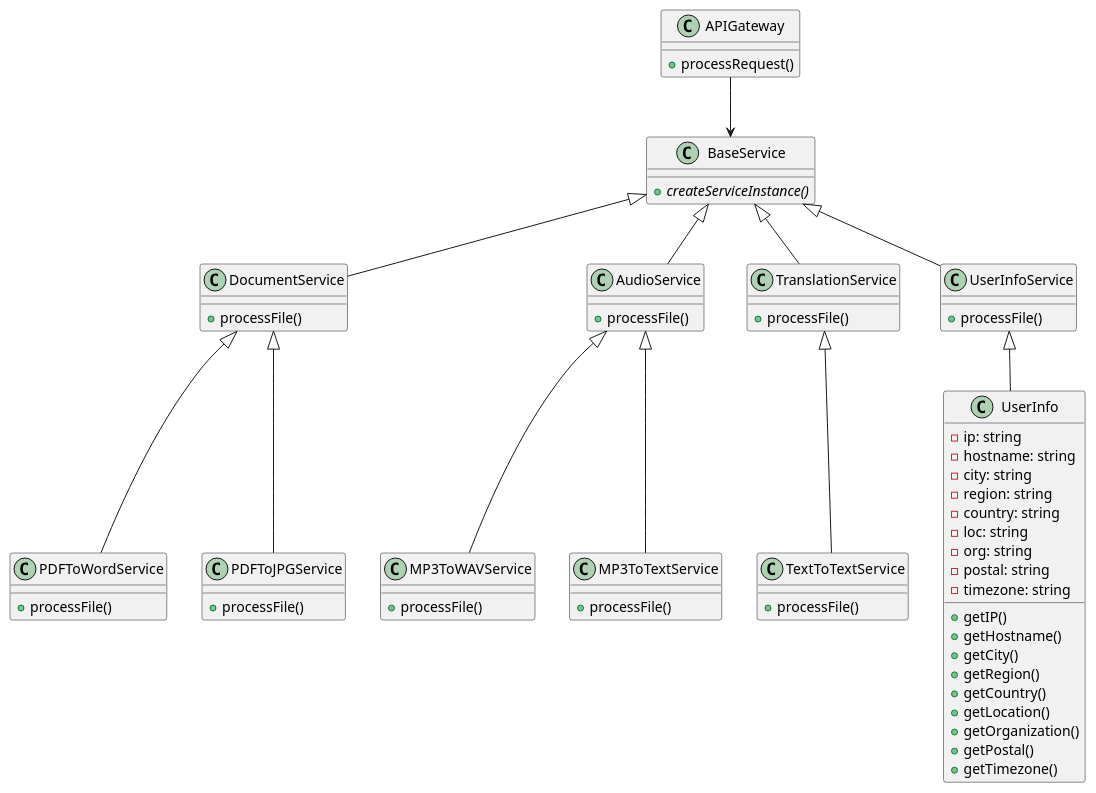
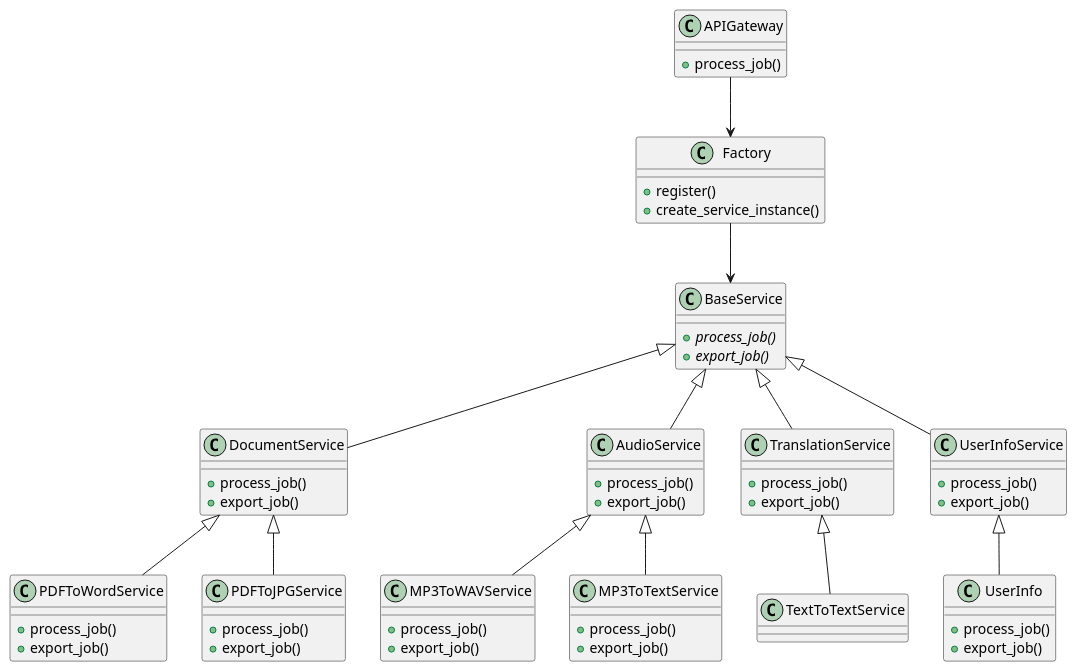
One commit to andresacg30/it-services changed the diagram in docs/diagrams/class_diagram.puml. Above: the diagram before and after it, drawn with PlantUML. The commit also changed 13 other files, not shown here.

Commit message:
initial architecture and modified diagrams

```diff
--- a/docs/diagrams/class_diagram.puml
+++ b/docs/diagrams/class_diagram.puml
@@ -1,80 +1,75 @@
 @startuml Class Diagram
 
 class APIGateway {
-  + processRequest()
+  + process_job()
+}
+
+class Factory {
+  + register()
+  + create_service_instance()
 }
 
 class BaseService {
-  {abstract} + createServiceInstance()
+  {abstract} + process_job()
+  {abstract} + export_job()
 }
 
 class DocumentService {
-  + processFile()
+  + process_job()
+  + export_job()
 }
 
 class AudioService {
-  + processFile()
+  + process_job()
+  + export_job()
 }
 
 class TranslationService {
-  + processFile()
+  + process_job()
+  + export_job()
 }
 
 class UserInfoService {
-  + processFile()
+  + process_job()
+  + export_job()
 }
 
 class PDFToWordService {
-  + processFile()
+  + process_job()
+  + export_job()
 }
 
 class PDFToJPGService {
-  + processFile()
+  + process_job()
+  + export_job()
 }
 
 class MP3ToWAVService {
-  + processFile()
+  + process_job()
+  + export_job()
 }
 
 class MP3ToTextService {
-  + processFile()
-}
-
-class TextToTextService {
-  + processFile()
+  + process_job()
+  + export_job()
 }
 
 class UserInfo {
-  - ip: string
-  - hostname: string
-  - city: string
-  - region: string
-  - country: string
-  - loc: string
-  - org: string
-  - postal: string
-  - timezone: string
-  + getIP()
-  + getHostname()
-  + getCity()
-  + getRegion()
-  + getCountry()
-  + getLocation()
-  + getOrganization()
-  + getPostal()
-  + getTimezone()
+  + process_job()
+  + export_job()
 }
 
-APIGateway --> BaseService
+APIGateway --> Factory
+Factory --> BaseService
 BaseService <|-- DocumentService
 BaseService <|-- AudioService
 BaseService <|-- TranslationService
 BaseService <|-- UserInfoService
 DocumentService <|-- PDFToWordService
 DocumentService <|-- PDFToJPGService
 AudioService <|-- MP3ToWAVService
 AudioService <|-- MP3ToTextService
 TranslationService <|-- TextToTextService
 UserInfoService <|-- UserInfo
 
 @enduml
```
